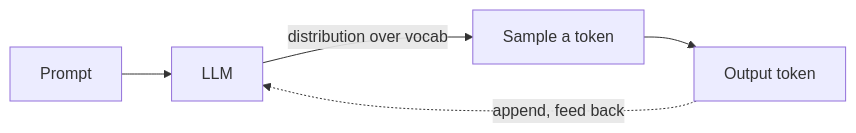
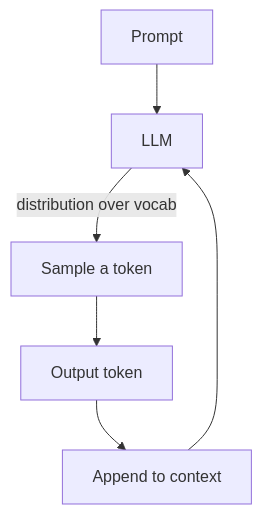
The fourth of 15 diagrams in 2026-2027-Sem1/AIMLZG536-LLMForGenerativeAI/notes/S01-foundations.md (sanjaykumarpushadapu/MTech), drawn with Mermaid before and after one commit. The commit also changed other lines of this file and 3 other files, not shown here.

````diff
--- a/2026-2027-Sem1/AIMLZG536-LLMForGenerativeAI/notes/S01-foundations.md
+++ b/2026-2027-Sem1/AIMLZG536-LLMForGenerativeAI/notes/S01-foundations.md
@@ -108,7 +108,8 @@
 ```mermaid
-flowchart LR
+flowchart TD
     P[Prompt] --> M[LLM]
     M -->|distribution over vocab| S[Sample a token]
     S --> O[Output token]
-    O -.->|append, feed back| M
+    O --> N[Append to context]
+    N --> M
 ```
````
